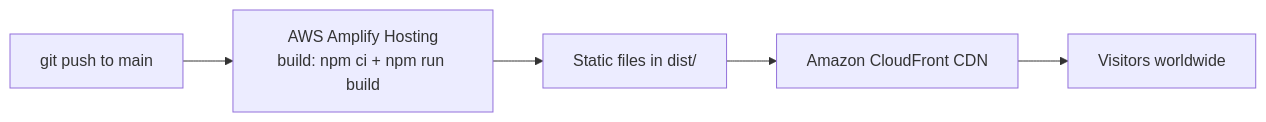
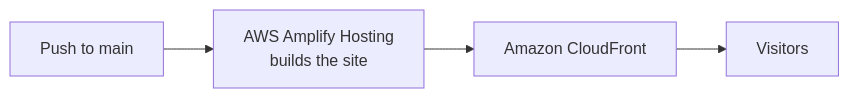
One commit to MdAsif-Hossain/Portfolio changed the diagram in README.md. Above: the diagram before and after it, drawn with Mermaid. The commit also changed other lines of this file, not shown here.

Commit message:
Simplify the README and document the GitHub Pages deploy

````diff
--- a/README.md
+++ b/README.md
@@ -45,7 +46,6 @@
 ```mermaid
 flowchart LR
-    A[git push to main] --> B[AWS Amplify Hosting<br/>build: npm ci + npm run build]
-    B --> C[Static files in dist/]
-    C --> D[Amazon CloudFront CDN]
-    D --> E[Visitors worldwide]
+    A[Push to main] --> B[AWS Amplify Hosting<br/>builds the site]
+    B --> C[Amazon CloudFront]
+    C --> D[Visitors]
 ```
````
